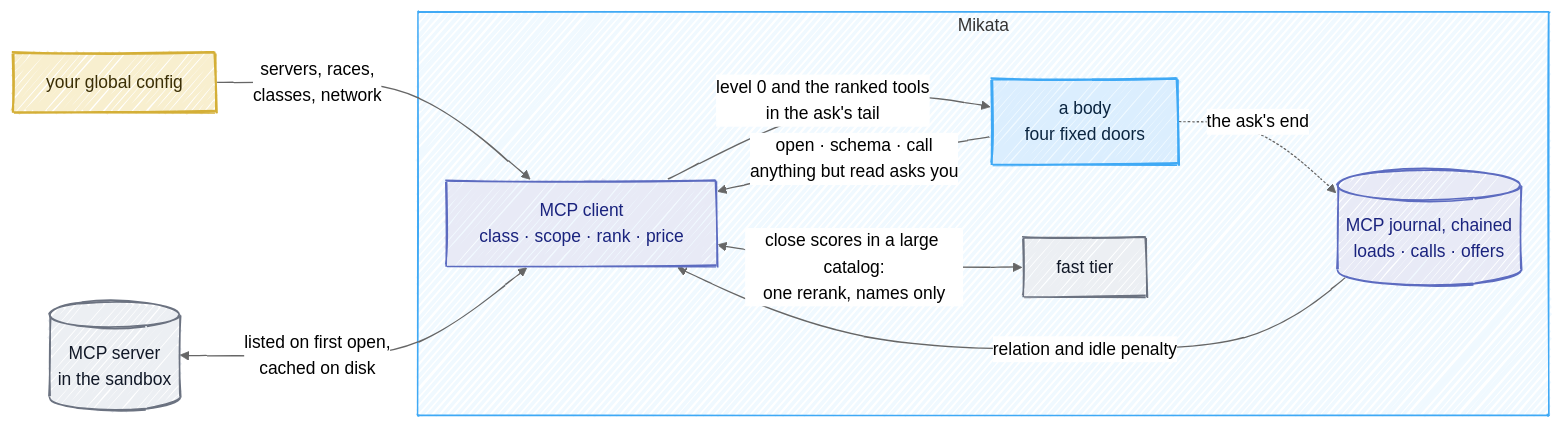
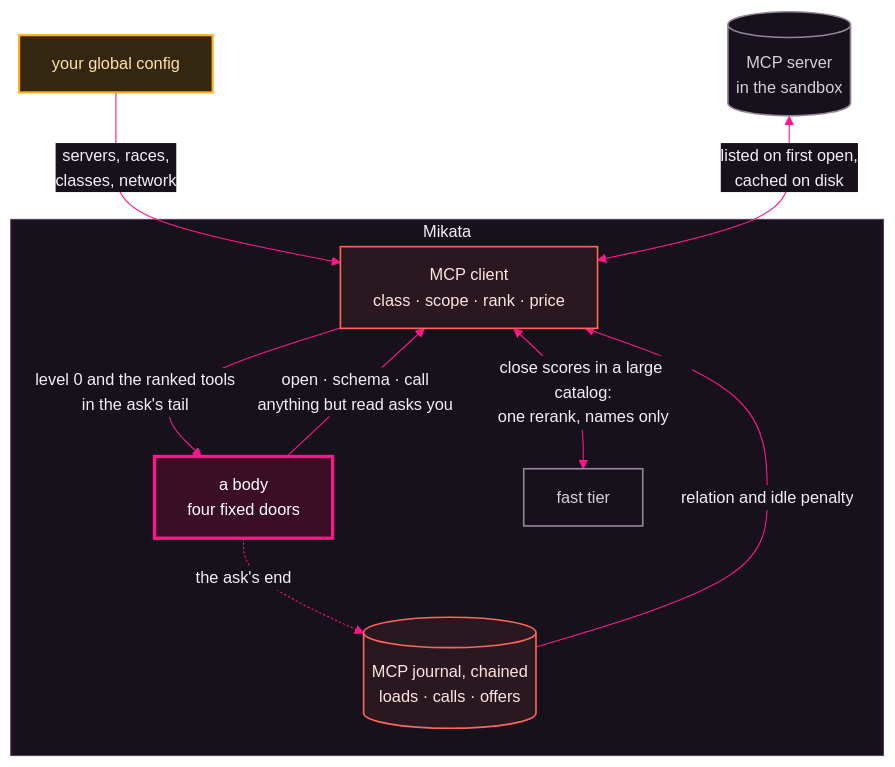
The diagram in docs/06-mcp.md (Kaginari/mikata), drawn with Mermaid before and after one commit. The commit also changed other lines of this file and 46 other files, not shown here.

````diff
--- a/docs/06-mcp.md
+++ b/docs/06-mcp.md
@@ -5,29 +5,74 @@
 ```mermaid
 ---
 config:
-  look: handDrawn
-  theme: neutral
+  theme: base
+  themeVariables:
+    darkMode: true
+    background: "#0d0b10"
+    fontFamily: "Inter, Segoe UI, system-ui, -apple-system, Helvetica, Arial, sans-serif"
+    fontSize: "15px"
+    primaryColor: "#211824"
+    primaryTextColor: "#f5eff7"
+    primaryBorderColor: "#ff168a"
+    secondaryColor: "#2c2030"
+    secondaryTextColor: "#f5eff7"
+    secondaryBorderColor: "#ff655c"
+    tertiaryColor: "#16111b"
+    tertiaryTextColor: "#f5eff7"
+    tertiaryBorderColor: "#59405d"
+    lineColor: "#ff168a"
+    textColor: "#f5eff7"
+    titleColor: "#f5eff7"
+    edgeLabelBackground: "#16111b"
+    clusterBkg: "#16111b"
+    clusterBorder: "#59405d"
+    noteBkgColor: "#332711"
+    noteTextColor: "#ffe1a8"
+    noteBorderColor: "#ffb020"
+    actorBkg: "#211824"
+    actorBorder: "#ff168a"
+    actorTextColor: "#f5eff7"
+    actorLineColor: "#59405d"
+    signalColor: "#ff655c"
+    signalTextColor: "#f5eff7"
+    labelBoxBkgColor: "#211824"
+    labelBoxBorderColor: "#ff168a"
+    labelTextColor: "#f5eff7"
+    loopTextColor: "#f5eff7"
+    activationBkgColor: "#3a0f26"
+    activationBorderColor: "#ff168a"
+    sequenceNumberColor: "#0d0b10"
+    transitionColor: "#ff168a"
+    transitionLabelColor: "#f5eff7"
+    stateLabelColor: "#f5eff7"
+    stateBkg: "#211824"
+    labelBackgroundColor: "#16111b"
+    compositeBackground: "#16111b"
+    compositeTitleBackground: "#211824"
+    altBackground: "#16111b"
+    specialStateColor: "#b6f542"
+    innerEndBackground: "#b6f542"
   flowchart:
     wrappingWidth: 360
 ---
-flowchart LR
+flowchart TD
     H["your global config"] -->|"servers, races,<br/>classes, network"| C
     S[("MCP server<br/>in the sandbox")] <-->|"listed on first open,<br/>cached on disk"| C["MCP client<br/>class · scope · rank · price"]
     subgraph mikata["Mikata"]
       C -->|"level 0 and the ranked tools<br/>in the ask's tail"| A["a body<br/>four fixed doors"]
       A -->|"open · schema · call<br/>anything but read asks you"| C
       L[("MCP journal, chained<br/>loads · calls · offers")] -->|"relation and idle penalty"| C
       A -. "the ask's end" .-> L
       C <-->|"close scores in a large catalog:<br/>one rerank, names only"| F["fast tier"]
     end
-    classDef human fill:#f8efcf,stroke:#D4AF37,stroke-width:2px,color:#3a2e05
+    classDef human fill:#332711,stroke:#ffb020,stroke-width:2px,color:#ffe1a8
     class H human
-    classDef outside fill:#eceff3,stroke:#6b7280,stroke-width:1.5px,color:#111827
+    classDef outside fill:#16111b,stroke:#95849c,stroke-width:1.5px,color:#d8cfdc
     class S outside
-    classDef store fill:#e8eaf6,stroke:#5c6bc0,stroke-width:1.5px,color:#1a237e
+    classDef store fill:#2a1820,stroke:#ff655c,stroke-width:1.5px,color:#ffe3e0
     class C,L store
     class F outside
-    classDef throne fill:#dbeefe,stroke:#3FA9F5,stroke-width:2px,color:#0b2540
+    classDef throne fill:#3a0f26,stroke:#ff168a,stroke-width:3px,color:#ffffff
     class A throne
-    style mikata fill:#f0f9ff,stroke:#3FA9F5
+    style mikata fill:#16111b,stroke:#59405d,color:#f5eff7
 ```
````
